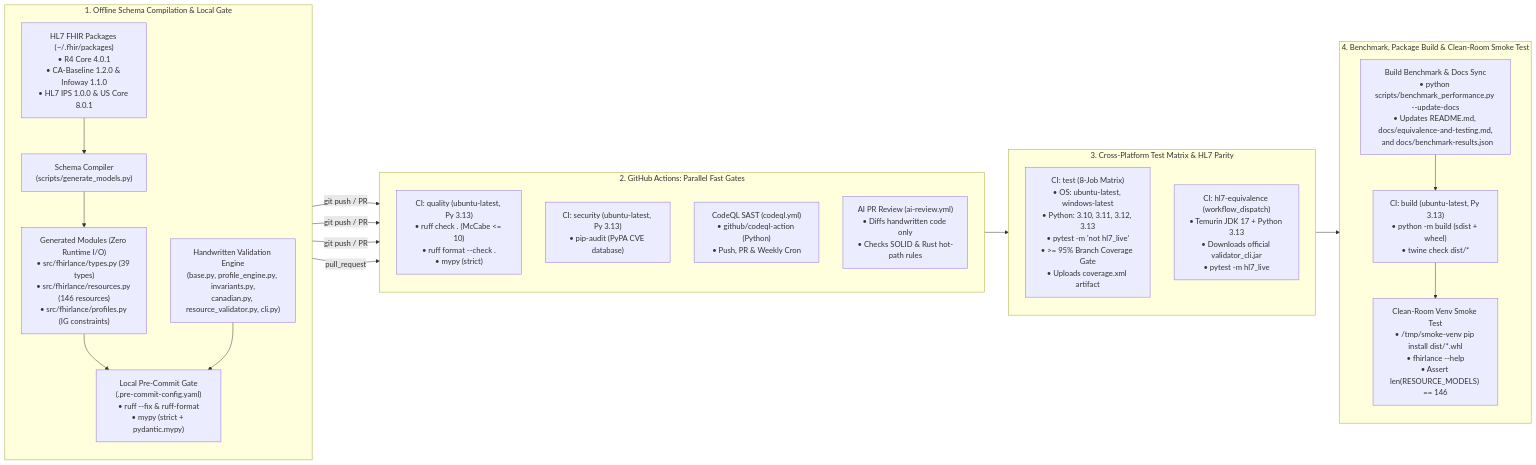
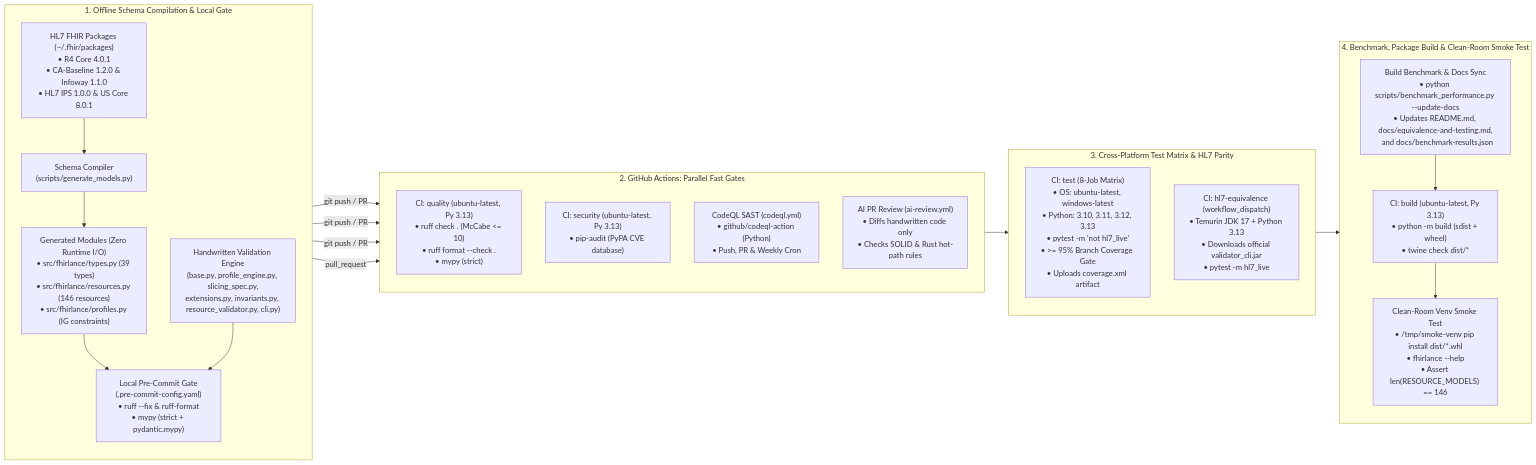
Before and after one commit to damsonaldson/FHIRlance: the diagram in docs/ci-and-build.md, drawn with Mermaid. The commit also changed 6 other files, not shown here.

First line of the commit message:
docs: clean up doc drift, remove stale canadian.py refs, and split usage/architecture (#25)

````diff
--- a/docs/ci-and-build.md
+++ b/docs/ci-and-build.md
@@ -11,43 +11,43 @@
 ```mermaid
 flowchart LR
     subgraph Phase1["1. Offline Schema Compilation & Local Gate"]
         direction TB
         PKGS["HL7 FHIR Packages (~/.fhir/packages)<br/>• R4 Core 4.0.1<br/>• CA-Baseline 1.2.0 & Infoway 1.1.0<br/>• HL7 IPS 1.0.0 & US Core 8.0.1"]
         CODEGEN["Schema Compiler<br/>(scripts/generate_models.py)"]
         GEN["Generated Modules (Zero Runtime I/O)<br/>• src/fhirlance/types.py (39 types)<br/>• src/fhirlance/resources.py (146 resources)<br/>• src/fhirlance/profiles.py (IG constraints)"]
-        CORE["Handwritten Validation Engine<br/>(base.py, profile_engine.py, invariants.py,<br/>canadian.py, resource_validator.py, cli.py)"]
+        CORE["Handwritten Validation Engine<br/>(base.py, profile_engine.py, slicing_spec.py,<br/>extensions.py, invariants.py, resource_validator.py, cli.py)"]
         PRE["Local Pre-Commit Gate<br/>(.pre-commit-config.yaml)<br/>• ruff --fix & ruff-format<br/>• mypy (strict + pydantic.mypy)"]
 
         PKGS --> CODEGEN --> GEN --> PRE
         CORE --> PRE
     end
 
     subgraph Phase2["2. GitHub Actions: Parallel Fast Gates"]
         direction TB
         QUAL["CI: quality (ubuntu-latest, Py 3.13)<br/>• ruff check . (McCabe <= 10)<br/>• ruff format --check .<br/>• mypy (strict)"]
         SEC["CI: security (ubuntu-latest, Py 3.13)<br/>• pip-audit (PyPA CVE database)"]
         CODEQL["CodeQL SAST (codeql.yml)<br/>• github/codeql-action (Python)<br/>• Push, PR & Weekly Cron"]
         AIREVIEW["AI PR Review (ai-review.yml)<br/>• Diffs handwritten code only<br/>• Checks SOLID & Rust hot-path rules"]
     end
 
     subgraph Phase3["3. Cross-Platform Test Matrix & HL7 Parity"]
         direction TB
         MATRIX["CI: test (8-Job Matrix)<br/>• OS: ubuntu-latest, windows-latest<br/>• Python: 3.10, 3.11, 3.12, 3.13<br/>• pytest -m 'not hl7_live'<br/>• >= 95% Branch Coverage Gate<br/>• Uploads coverage.xml artifact"]
         HL7["CI: hl7-equivalence (workflow_dispatch)<br/>• Temurin JDK 17 + Python 3.13<br/>• Downloads official validator_cli.jar<br/>• pytest -m hl7_live"]
     end
 
     subgraph Phase4["4. Benchmark, Package Build & Clean-Room Smoke Test"]
         direction TB
         BENCH["Build Benchmark & Docs Sync<br/>• python scripts/benchmark_performance.py --update-docs<br/>• Updates README.md, docs/equivalence-and-testing.md,<br/>  and docs/benchmark-results.json"]
         BUILD["CI: build (ubuntu-latest, Py 3.13)<br/>• python -m build (sdist + wheel)<br/>• twine check dist/*"]
         SMOKE["Clean-Room Venv Smoke Test<br/>• /tmp/smoke-venv pip install dist/*.whl<br/>• fhirlance --help<br/>• Assert len(RESOURCE_MODELS) == 146"]
         BENCH --> BUILD --> SMOKE
     end
 
     PRE -->|"git push / PR"| QUAL
     PRE -->|"git push / PR"| SEC
     PRE -->|"git push / PR"| CODEQL
     PRE -->|"pull_request"| AIREVIEW
     QUAL --> MATRIX
     MATRIX --> BUILD
 ```
````
